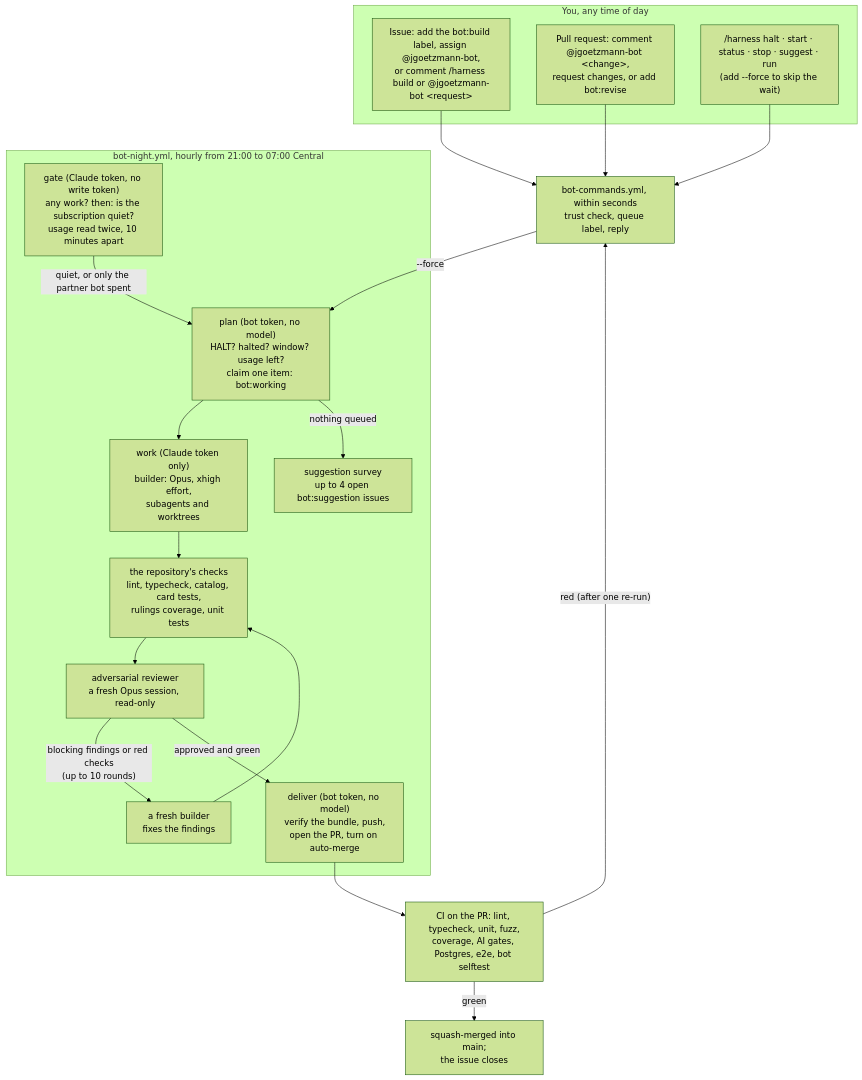
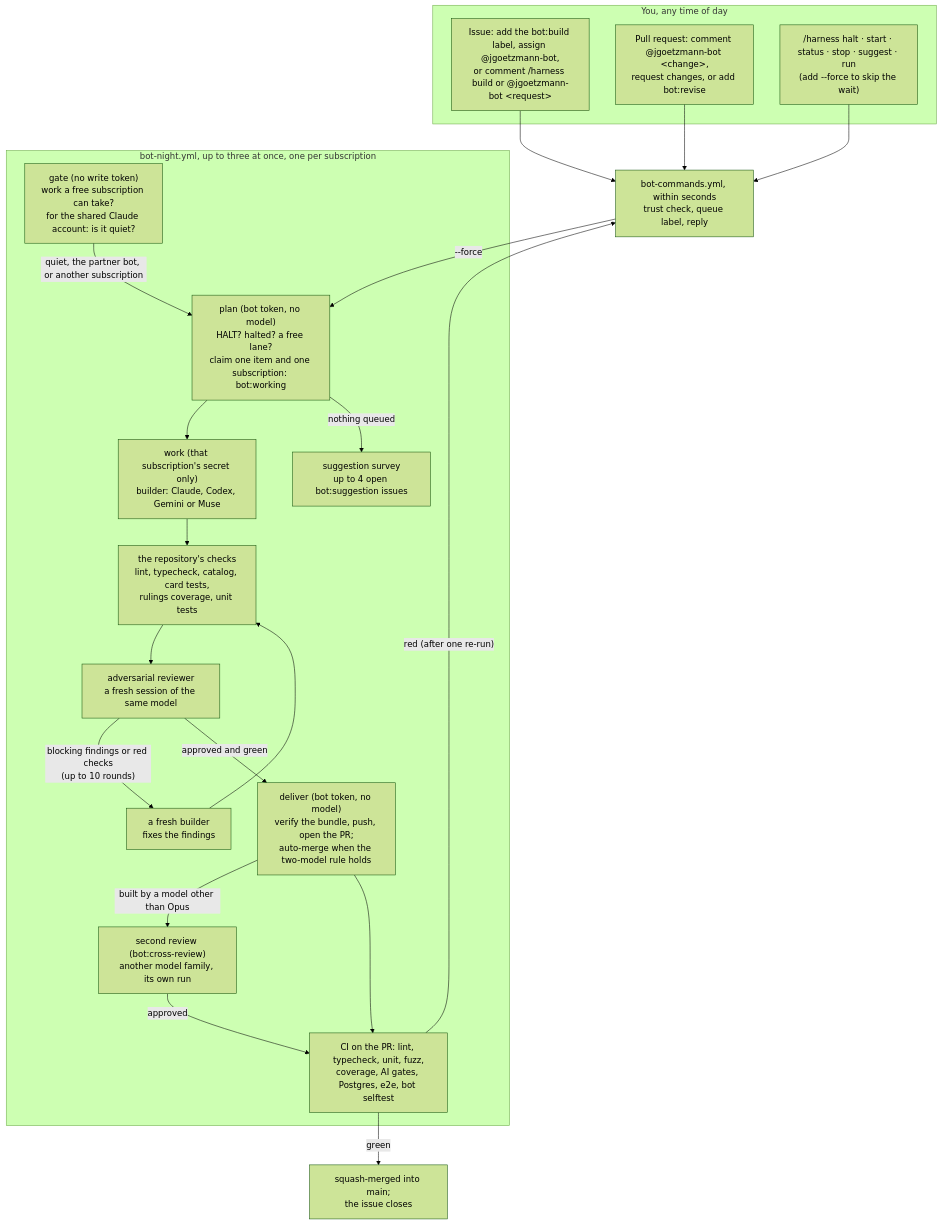
The diagram in bot/README.md (Jlore-Studios/JackiOh), drawn with Mermaid (forest theme) before and after one commit. The commit also changed other lines of this file and 36 other files, not shown here.

````diff
--- a/bot/README.md
+++ b/bot/README.md
@@ -13,28 +17,30 @@
 ```mermaid
 flowchart TD
   subgraph you["You, any time of day"]
     I["Issue: add the bot:build label, assign @jgoetzmann-bot,<br/>or comment /harness build or @jgoetzmann-bot &lt;request&gt;"]
     P["Pull request: comment @jgoetzmann-bot &lt;change&gt;,<br/>request changes, or add bot:revise"]
     K["/harness halt · start · status · stop · suggest · run<br/>(add --force to skip the wait)"]
   end
   I --> E
   P --> E
   K --> E
   E["bot-commands.yml, within seconds<br/>trust check, queue label, reply"]
   E -- "--force" --> PL
-  subgraph night["bot-night.yml, hourly from 21:00 to 07:00 Central"]
-    GA["gate (Claude token, no write token)<br/>any work? then: is the subscription quiet?<br/>usage read twice, 10 minutes apart"]
-    GA -- "quiet, or only the partner bot spent" --> PL
-    PL["plan (bot token, no model)<br/>HALT? halted? window? usage left?<br/>claim one item: bot:working"]
-    PL --> B["work (Claude token only)<br/>builder: Opus, xhigh effort,<br/>subagents and worktrees"]
+  subgraph night["bot-night.yml, up to three at once, one per subscription"]
+    GA["gate (no write token)<br/>work a free subscription can take?<br/>for the shared Claude account: is it quiet?"]
+    GA -- "quiet, the partner bot, or another subscription" --> PL
+    PL["plan (bot token, no model)<br/>HALT? halted? a free lane?<br/>claim one item and one subscription: bot:working"]
+    PL --> B["work (that subscription's secret only)<br/>builder: Claude, Codex, Gemini or Muse"]
     B --> G["the repository's checks<br/>lint, typecheck, catalog, card tests,<br/>rulings coverage, unit tests"]
-    G --> R["adversarial reviewer<br/>a fresh Opus session, read-only"]
+    G --> R["adversarial reviewer<br/>a fresh session of the same model"]
     R -- "blocking findings or red checks<br/>(up to 10 rounds)" --> F["a fresh builder<br/>fixes the findings"]
     F --> G
-    R -- "approved and green" --> D["deliver (bot token, no model)<br/>verify the bundle, push,<br/>open the PR, turn on auto-merge"]
+    R -- "approved and green" --> D["deliver (bot token, no model)<br/>verify the bundle, push, open the PR;<br/>auto-merge when the two-model rule holds"]
+    D -- "built by a model other than Opus" --> X["second review (bot:cross-review)<br/>another model family, its own run"]
+    X -- "approved" --> CI
     PL -- "nothing queued" --> S["suggestion survey<br/>up to 4 open bot:suggestion issues"]
   end
   D --> CI["CI on the PR: lint, typecheck, unit, fuzz,<br/>coverage, AI gates, Postgres, e2e, bot selftest"]
   CI -- "green" --> M["squash-merged into main;<br/>the issue closes"]
   CI -- "red (after one re-run)" --> E
 ```
````
